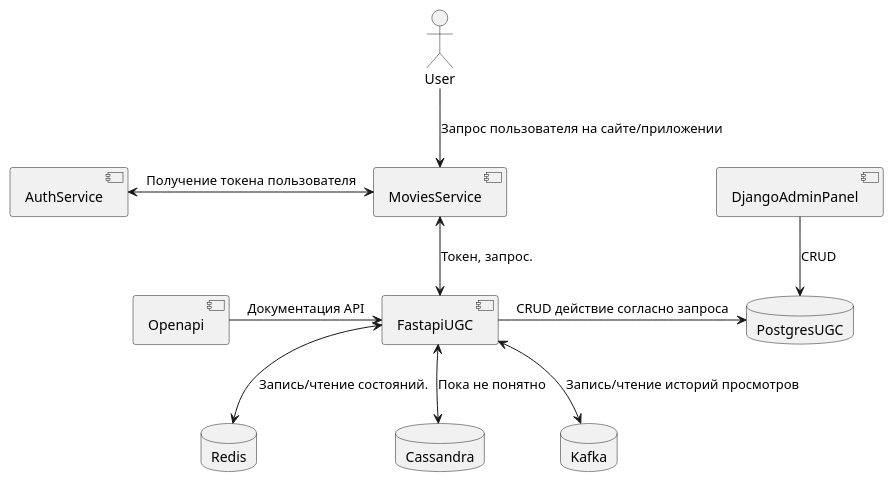
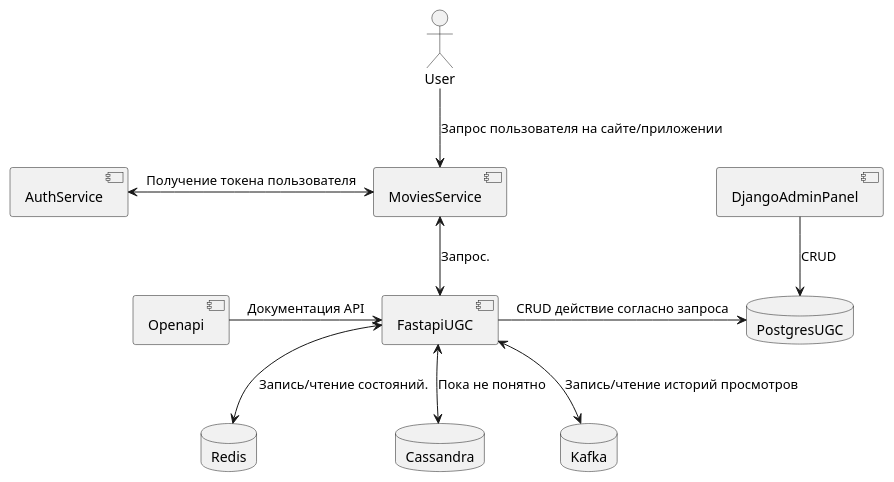
One commit to Khosep/UGC_service changed the diagram in ugc-service/architecture.wsd. Above: the diagram before and after it, drawn with PlantUML.

Commit message:
remove token from ugc

```diff
--- a/ugc-service/architecture.wsd
+++ b/ugc-service/architecture.wsd
@@ -1,24 +1,24 @@
 @startuml
 skinparam componentStyle uml2
 component AuthService
 component MoviesService
 actor User as Client
 component FastapiUGC
 component Openapi
 component DjangoAdminPanel
 database PostgresUGC
 database Redis
 database Cassandra
 database Kafka
 
 Client -down-> MoviesService: Запрос пользователя на сайте/приложении
 MoviesService <-left-> AuthService: Получение токена пользователя
-MoviesService <-down-> FastapiUGC: Токен, запрос.
+MoviesService <-down-> FastapiUGC: Запрос.
 FastapiUGC -> PostgresUGC: CRUD действие согласно запроса
 FastapiUGC <-down-> Redis: Запись/чтение состояний.
 FastapiUGC <-down-> Cassandra: Пока не понятно
 FastapiUGC <-down-> Kafka: Запись/чтение историй просмотров
 
 DjangoAdminPanel -down-> PostgresUGC: CRUD
 Openapi -right-> FastapiUGC: Документация API
 @enduml
```
